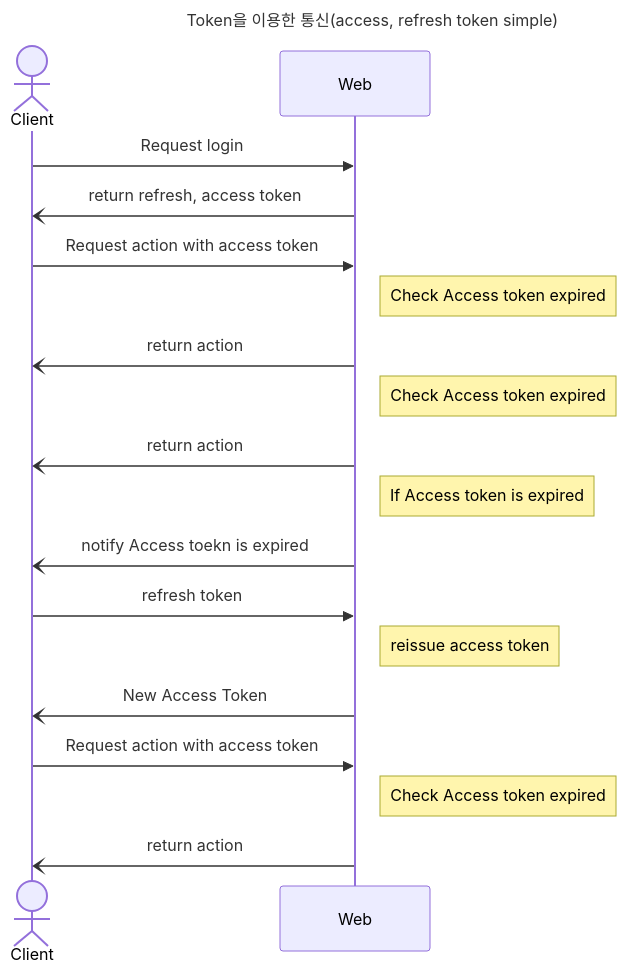
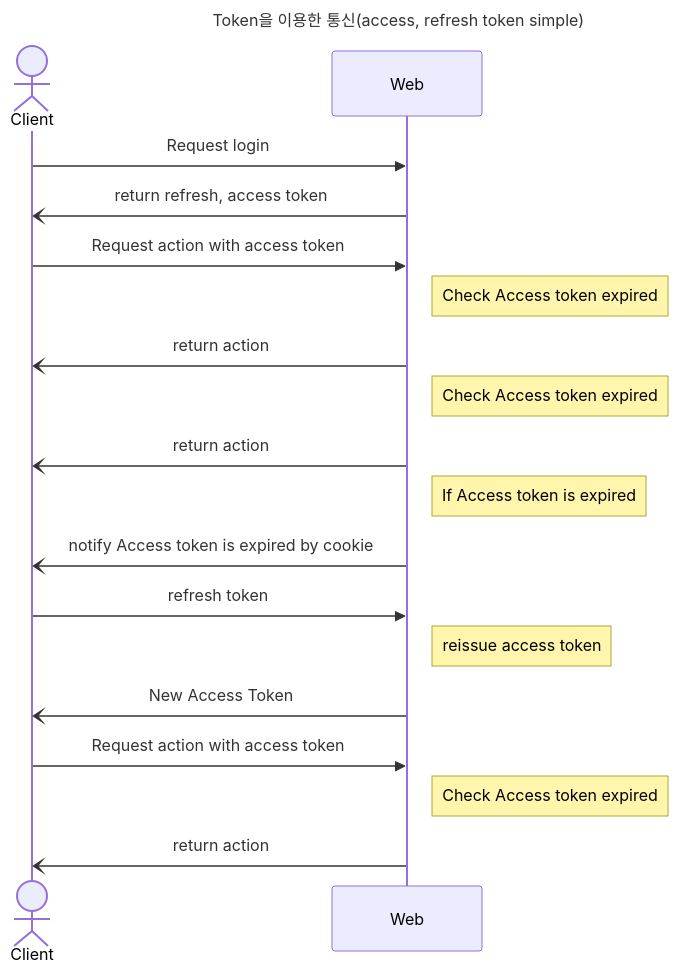
Before and after one commit to f-lab-edu/par-king: the fourth of 4 diagrams in README.md, drawn with Mermaid. The commit also changed 2 other files, not shown here.

Commit message:
readMe 오타 수정 및 SignUpDTO 새로 만들어서 MemberInfoDTO와 역할 분리

````diff
--- a/README.md
+++ b/README.md
@@ -199,22 +199,22 @@
 ```mermaid
 ---
 title: Token을 이용한 통신(access, refresh token simple)
 ---
 sequenceDiagram
 		actor Client
     Client->>Web: Request login
 		Web-)Client: return refresh, access token
 		Client->>Web: Request action with access token
 		Note right of Web: Check Access token expired
 		Web-)Client: return action
 		Note right of Web: Check Access token expired
 		Web-)Client: return action
 		Note right of Web: If Access token is expired
-		Web-)Client: notify Access toekn is expired
+		Web-)Client: notify Access token is expired by cookie
 		Client->>Web: refresh token
 		Note right of Web: reissue access token
 		Web-)Client: New Access Token
 		Client->>Web: Request action with access token
 		Note right of Web: Check Access token expired
 		Web-)Client: return action
 ```
````
